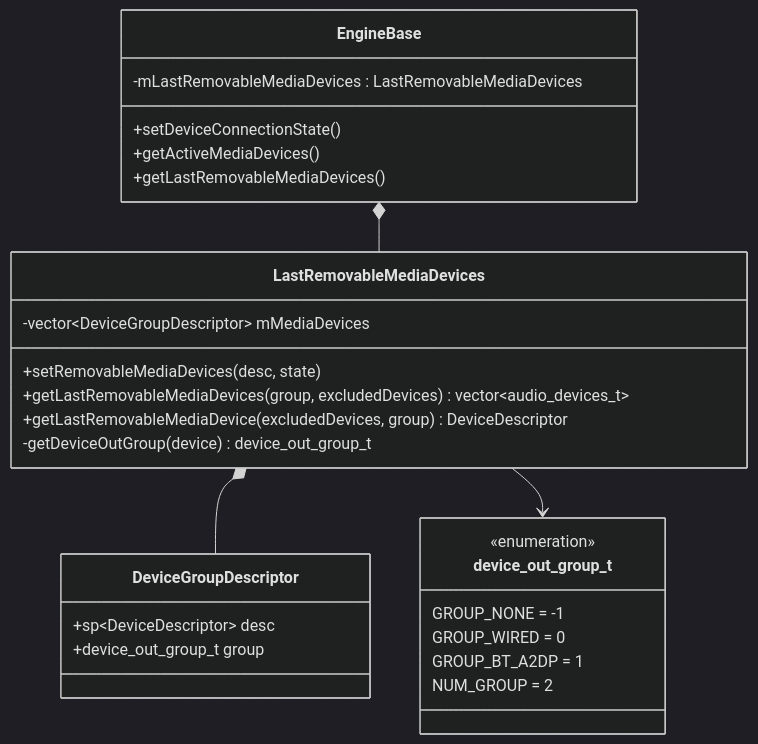
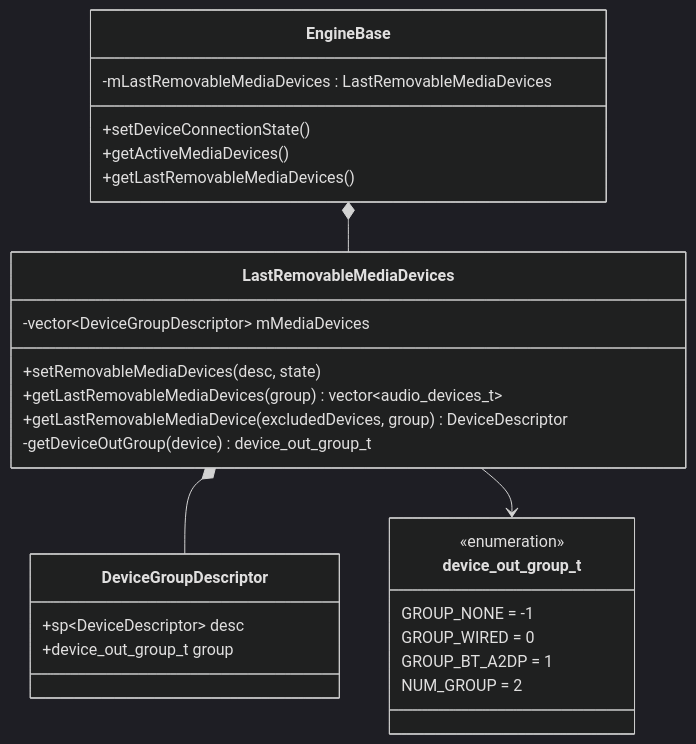
The first of 7 diagrams in 06_Audio_Policy_Engine/06_6.13_LastRemovableMediaDevices-可移除设备追踪.md (yanglinzhen1022/SA8295_AAOS_QNX_Audio_KnowledgeBase), drawn with Mermaid (dark theme) before and after one commit. The commit also changed other lines of this file and 11 other files, not shown here.

````diff
--- a/06_Audio_Policy_Engine/06_6.13_LastRemovableMediaDevices-可移除设备追踪.md
+++ b/06_Audio_Policy_Engine/06_6.13_LastRemovableMediaDevices-可移除设备追踪.md
@@ -19,34 +19,34 @@
 ```mermaid
 classDiagram
     class LastRemovableMediaDevices {
         -vector~DeviceGroupDescriptor~ mMediaDevices
         +setRemovableMediaDevices(desc, state)
-        +getLastRemovableMediaDevices(group, excludedDevices) vector~audio_devices_t~
+        +getLastRemovableMediaDevices(group) vector~audio_devices_t~
         +getLastRemovableMediaDevice(excludedDevices, group) DeviceDescriptor
         -getDeviceOutGroup(device) device_out_group_t
     }
 
     class DeviceGroupDescriptor {
         +sp~DeviceDescriptor~ desc
         +device_out_group_t group
     }
 
     class device_out_group_t {
         <<enumeration>>
         GROUP_NONE = -1
         GROUP_WIRED = 0
         GROUP_BT_A2DP = 1
         NUM_GROUP = 2
     }
 
     class EngineBase {
         -mLastRemovableMediaDevices : LastRemovableMediaDevices
         +setDeviceConnectionState()
         +getActiveMediaDevices()
         +getLastRemovableMediaDevices()
     }
 
     LastRemovableMediaDevices *-- DeviceGroupDescriptor
     LastRemovableMediaDevices --> device_out_group_t
     EngineBase *-- LastRemovableMediaDevices
 ```
````
